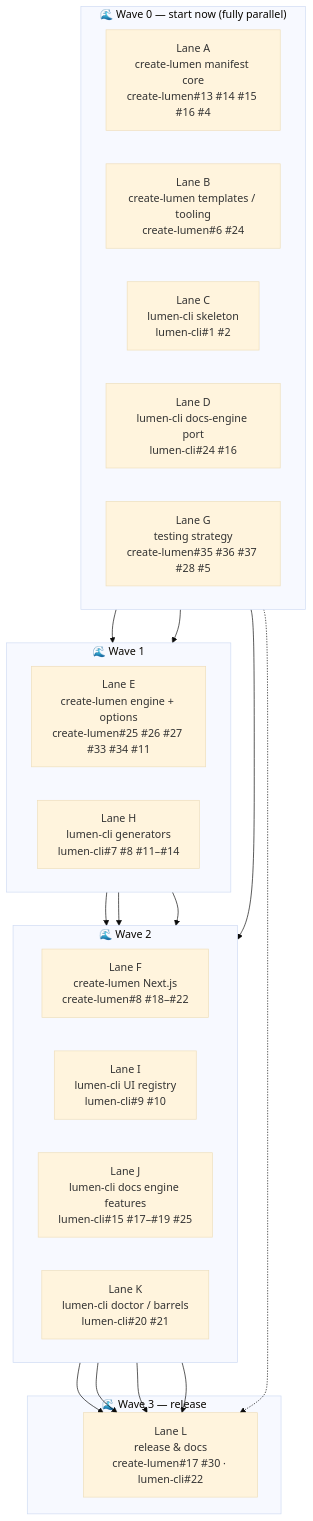
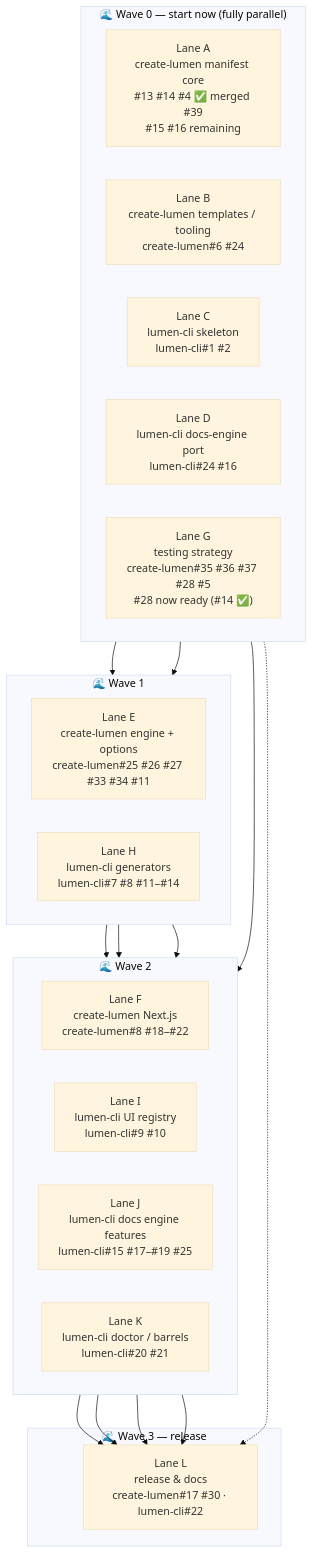
Before and after one commit to LUMEN-SH/create-lumen: the third of 5 diagrams in docs/PLAN.md, drawn with Mermaid (base theme). The commit also changed other lines of this file and 1 other file, not shown here.

First line of the commit message:
docs: update matrices for merged manifest core (#13 #14 #4 via #39)

````diff
--- a/docs/PLAN.md
+++ b/docs/PLAN.md
@@ -118,40 +122,40 @@
 ```mermaid
 flowchart TB
     subgraph W0["🌊 Wave 0 — start now (fully parallel)"]
         direction LR
-        LaneA["Lane A<br/>create-lumen manifest core<br/>create-lumen#13 #14 #15 #16 #4"]
+        LaneA["Lane A<br/>create-lumen manifest core<br/>#13 #14 #4 ✅ merged #39<br/>#15 #16 remaining"]
         LaneB["Lane B<br/>create-lumen templates / tooling<br/>create-lumen#6 #24"]
         LaneC["Lane C<br/>lumen-cli skeleton<br/>lumen-cli#1 #2"]
         LaneD["Lane D<br/>lumen-cli docs-engine port<br/>lumen-cli#24 #16"]
-        LaneG["Lane G<br/>testing strategy<br/>create-lumen#35 #36 #37 #28 #5"]
+        LaneG["Lane G<br/>testing strategy<br/>create-lumen#35 #36 #37 #28 #5<br/>#28 now ready (#14 ✅)"]
     end
 
     subgraph W1["🌊 Wave 1"]
         direction LR
         LaneE["Lane E<br/>create-lumen engine + options<br/>create-lumen#25 #26 #27 #33 #34 #11"]
         LaneH["Lane H<br/>lumen-cli generators<br/>lumen-cli#7 #8 #11–#14"]
     end
 
     subgraph W2["🌊 Wave 2"]
         direction LR
         LaneF["Lane F<br/>create-lumen Next.js<br/>create-lumen#8 #18–#22"]
         LaneI["Lane I<br/>lumen-cli UI registry<br/>lumen-cli#9 #10"]
         LaneJ["Lane J<br/>lumen-cli docs engine features<br/>lumen-cli#15 #17–#19 #25"]
         LaneK["Lane K<br/>lumen-cli doctor / barrels<br/>lumen-cli#20 #21"]
     end
 
     subgraph W3["🌊 Wave 3 — release"]
         LaneL["Lane L<br/>release &amp; docs<br/>create-lumen#17 #30 · lumen-cli#22"]
     end
 
     LaneA --> LaneE --> LaneF
     LaneC --> LaneH
     LaneH --> LaneI
     LaneH --> LaneK
     LaneD --> LaneJ
     LaneG -.-> LaneL
     LaneF --> LaneL
     LaneI --> LaneL
     LaneJ --> LaneL
     LaneK --> LaneL
 ```
````
